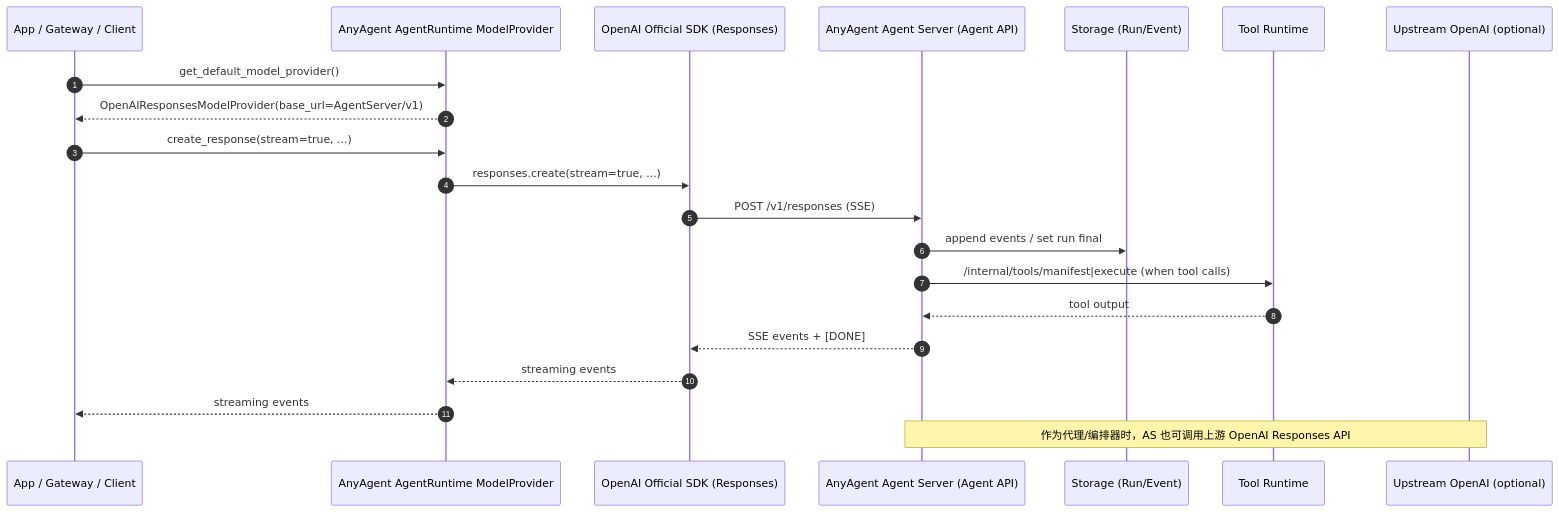
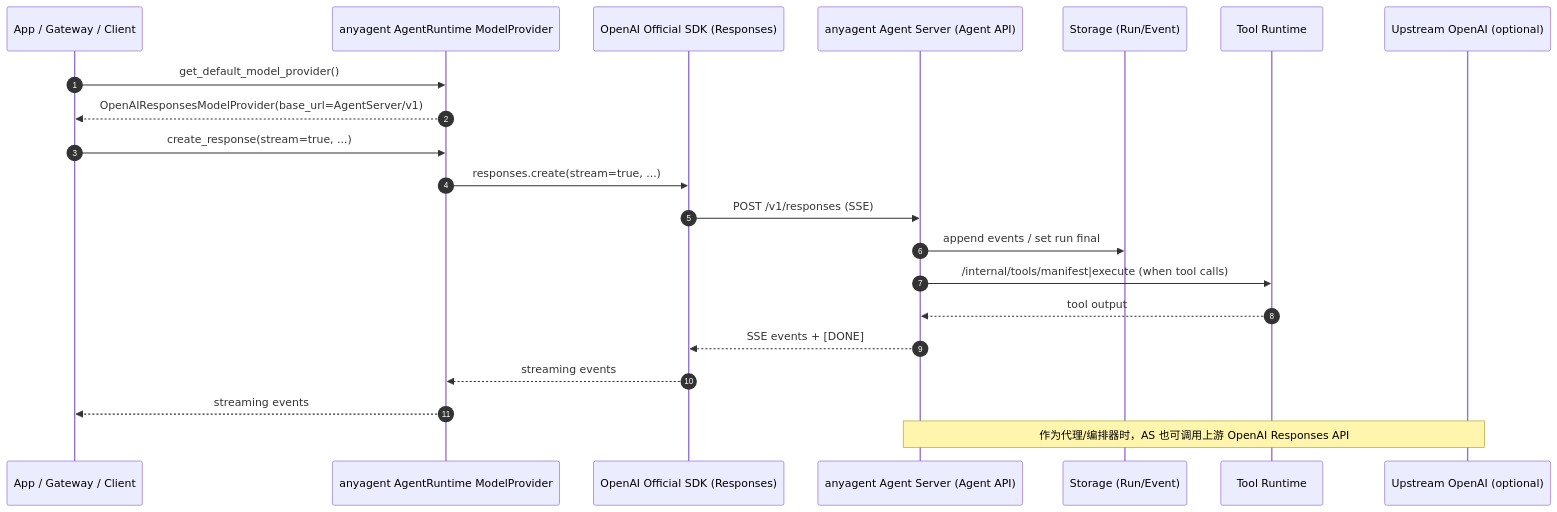
The diagram in docs/architecture/responses-api-sdk-and-server.md (komiyoo/anyagent), drawn with Mermaid before and after one commit. The commit also changed other lines of this file and 52 other files, not shown here.

````diff
--- a/docs/architecture/responses-api-sdk-and-server.md
+++ b/docs/architecture/responses-api-sdk-and-server.md
@@ -19,26 +19,26 @@
 ```mermaid
 sequenceDiagram
   autonumber
   participant App as App / Gateway / Client
-  participant SDK as AnyAgent AgentRuntime ModelProvider
+  participant SDK as anyagent AgentRuntime ModelProvider
   participant OA as OpenAI Official SDK (Responses)
-  participant AS as AnyAgent Agent Server (Agent API)
+  participant AS as anyagent Agent Server (Agent API)
   participant ST as Storage (Run/Event)
   participant TR as Tool Runtime
   participant UO as Upstream OpenAI (optional)
 
   App->>SDK: get_default_model_provider()
   SDK-->>App: OpenAIResponsesModelProvider(base_url=AgentServer/v1)
 
   App->>SDK: create_response(stream=true, ...)
   SDK->>OA: responses.create(stream=true, ...)
   OA->>AS: POST /v1/responses (SSE)
   AS->>ST: append events / set run final
   AS->>TR: /internal/tools/manifest|execute (when tool calls)
   TR-->>AS: tool output
   AS-->>OA: SSE events + [DONE]
   OA-->>SDK: streaming events
   SDK-->>App: streaming events
 
   Note over AS,UO: 作为代理/编排器时，AS 也可调用上游 OpenAI Responses API
 ```
````
